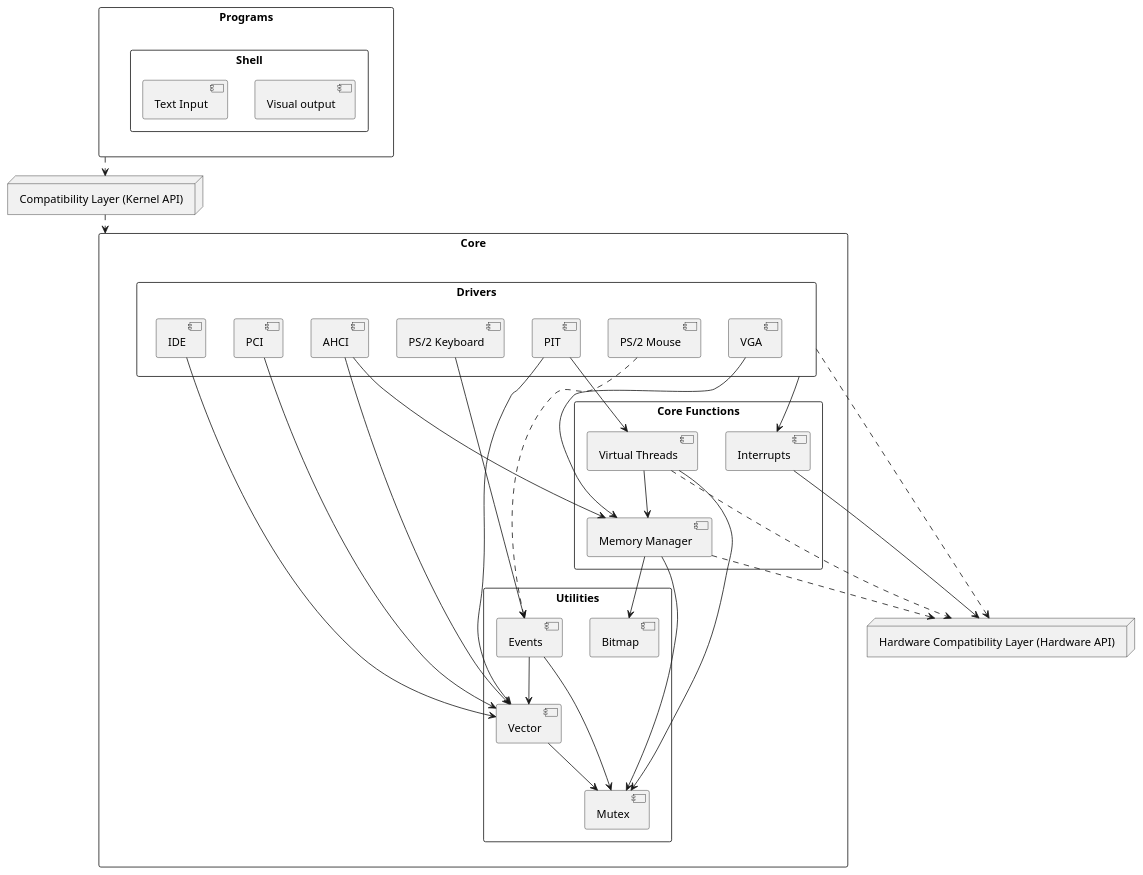
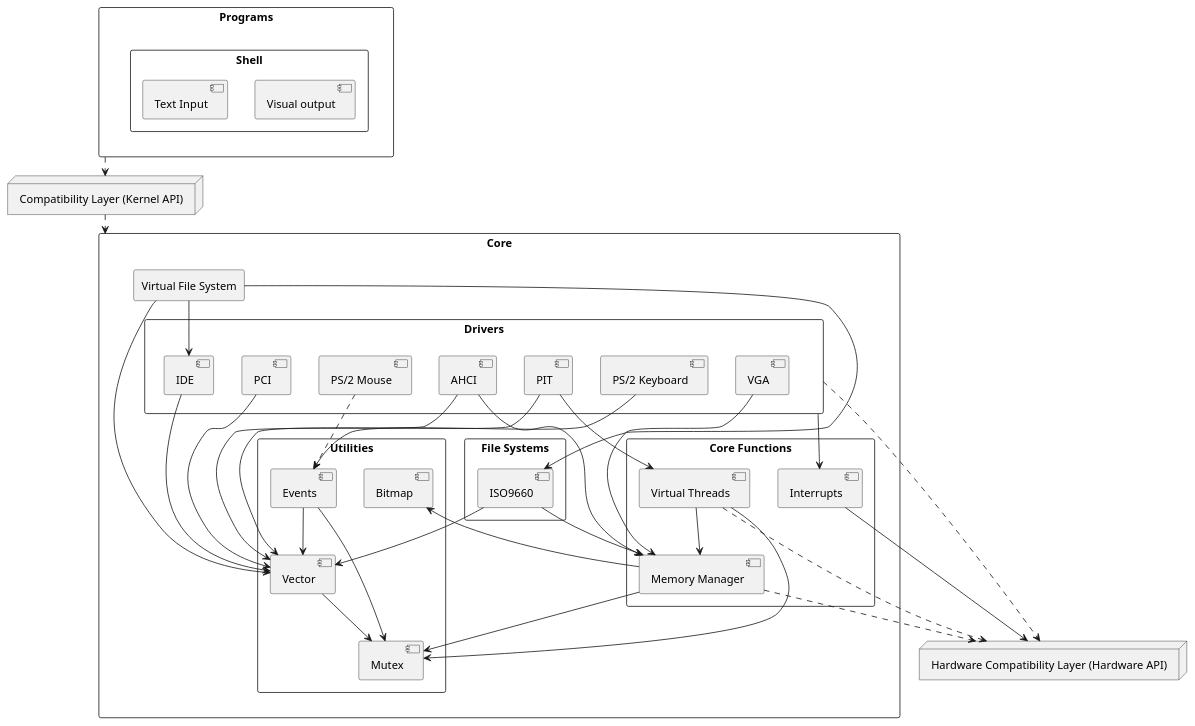
The diagram in docs/diagram.puml (cactoes/virtual_reflections_os), drawn with PlantUML before and after one commit. The commit also changed 2 other files, not shown here.

Commit message:
updated diagram

```diff
--- a/docs/diagram.puml
+++ b/docs/diagram.puml
@@ -1,70 +1,84 @@
 @startuml kernel diagram
 
 node "Hardware Compatibility Layer (Hardware API)" as HWCL {
 }
 
 rectangle "Core" {
     rectangle "Drivers" {
         [PCI]
         [PIT]
         [VGA]
         [PS/2 Keyboard]
         [PS/2 Mouse]
         [AHCI]
         [IDE]
     }
 
     rectangle "Core Functions" {
         [Virtual Threads]
         [Memory Manager]
         [Interrupts]
     }
 
     rectangle "Utilities" {
         [Vector]
         [Mutex]
         [Events]
         [Bitmap]
     }
+
+    rectangle "Virtual File System" {
+
+    }
+
+    rectangle "File Systems" {
+        [ISO9660]
+    }
 }
 
 [Virtual Threads] --> [Mutex]
 [Virtual Threads] --> [Memory Manager]
 
 [Memory Manager] --> [Bitmap]
 [Memory Manager] --> [Mutex]
 
 [Drivers] --> [Interrupts]
 [PCI] --> [Vector]
 [PIT] --> [Vector]
 [PIT] --> [Virtual Threads]
 [VGA] --> [Memory Manager]
 [PS/2 Keyboard] --> [Events]
 [PS/2 Mouse] ..> [Events]
 [AHCI] --> [Memory Manager]
 [AHCI] --> [Vector]
 [IDE] --> [Vector]
 
 [Events] --> [Mutex]
 [Events] --> [Vector]
 [Vector] --> [Mutex]
 
+"Virtual File System" --> [Vector]
+"Virtual File System" --> [ISO9660]
+"Virtual File System" --> [IDE]
+[ISO9660] --> [Vector]
+[ISO9660] --> [Memory Manager]
+
 rectangle "Programs" {
     rectangle "Shell" {
         [Visual output]
         [Text Input]
     }
 }
 
 node "Compatibility Layer (Kernel API)" as CL {
 }
 
 Programs ..> CL
 CL ..> Core
 
 [Interrupts] --> HWCL
 Drivers ..> HWCL
 [Memory Manager] ..> HWCL
 [Virtual Threads] ..> HWCL
 
 @enduml
```
